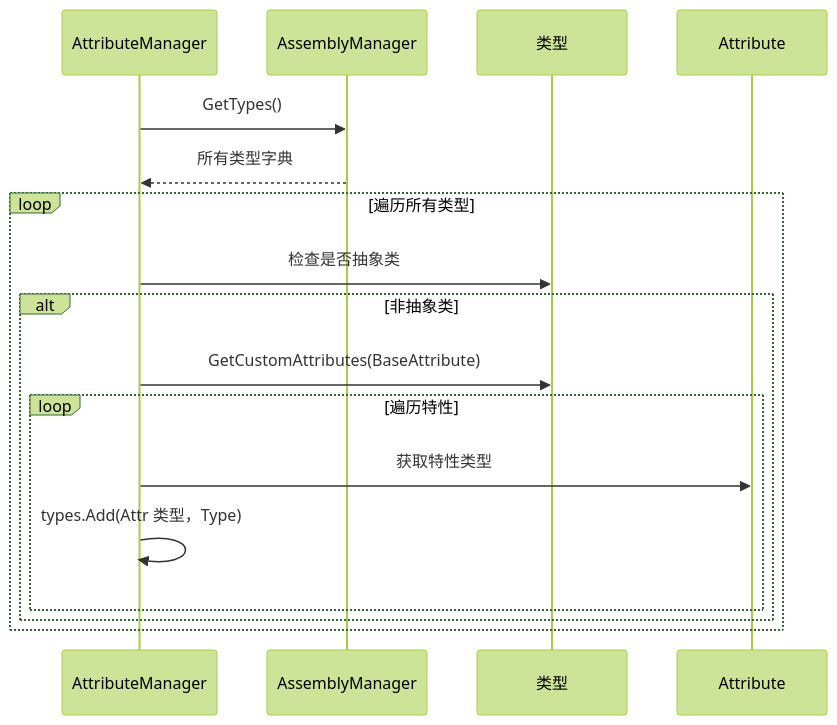
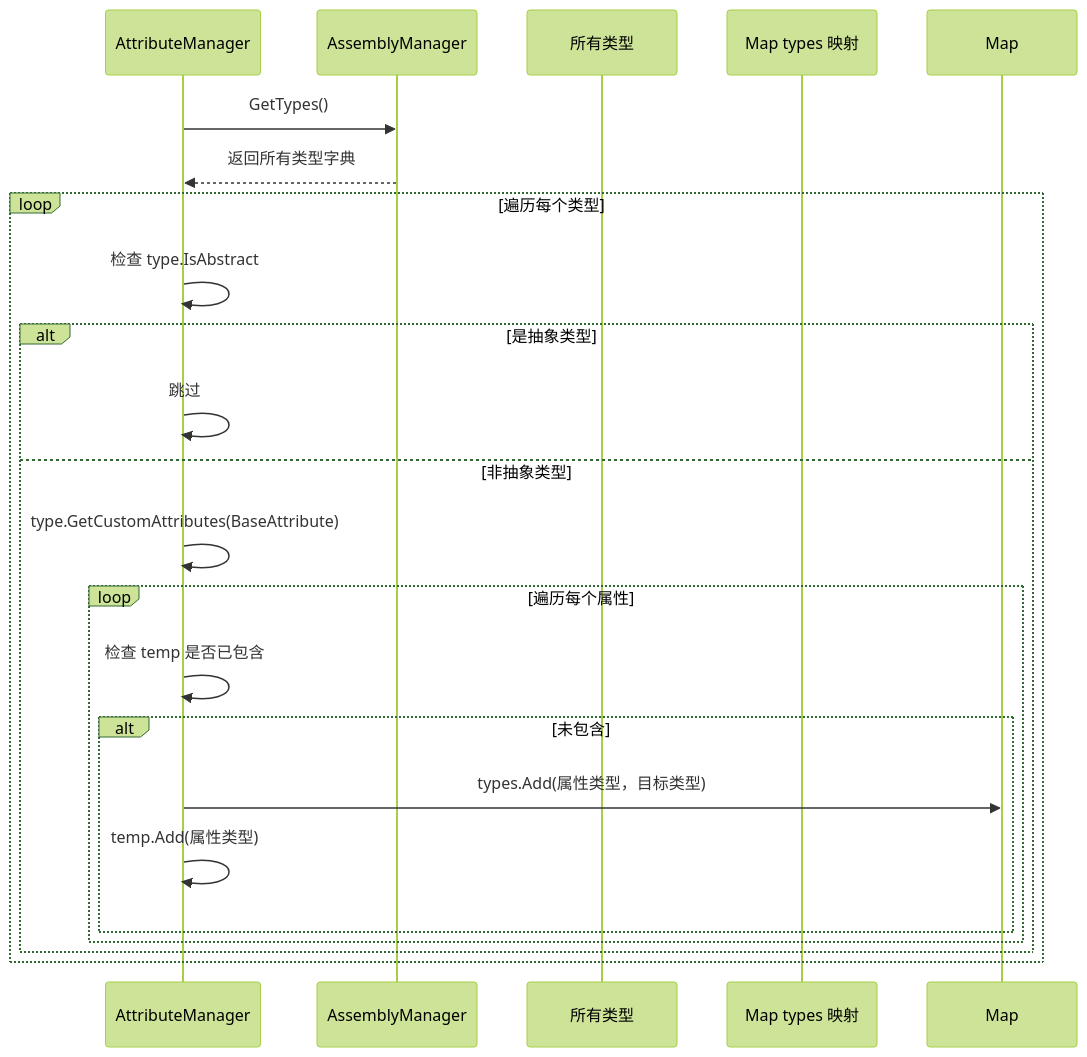
The first of 3 diagrams in Assets/Scripts/Mono/Module/Assembly/AttributeManager.cs.md (acsta/Container), drawn with Mermaid (forest theme) before and after one commit. The commit also changed other lines of this file and 11 other files, not shown here.

````diff
--- a/Assets/Scripts/Mono/Module/Assembly/AttributeManager.cs.md
+++ b/Assets/Scripts/Mono/Module/Assembly/AttributeManager.cs.md
@@ -110,21 +129,26 @@
 ```mermaid
 sequenceDiagram
     participant AM as AttributeManager
     participant ASM as AssemblyManager
-    participant Type as 类型
-    participant Attr as Attribute
+    participant Types as 所有类型
+    participant Map types 映射
 
     AM->>ASM: GetTypes()
-    ASM-->>AM: 所有类型字典
+    ASM-->>AM: 返回所有类型字典
     
-    loop 遍历所有类型
-        AM->>Type: 检查是否抽象类
-        alt 非抽象类
-            AM->>Type: GetCustomAttributes(BaseAttribute)
-            loop 遍历特性
-                AM->>Attr: 获取特性类型
-                AM->>AM: types.Add(Attr 类型，Type)
+    loop 遍历每个类型
+        AM->>AM: 检查 type.IsAbstract
+        alt 是抽象类型
+            AM->>AM: 跳过
+        else 非抽象类型
+            AM->>AM: type.GetCustomAttributes(BaseAttribute)
+            loop 遍历每个属性
+                AM->>AM: 检查 temp 是否已包含
+                alt 未包含
+                    AM->>Map: types.Add(属性类型，目标类型)
+                    AM->>AM: temp.Add(属性类型)
+                end
             end
         end
     end
 ```
````
